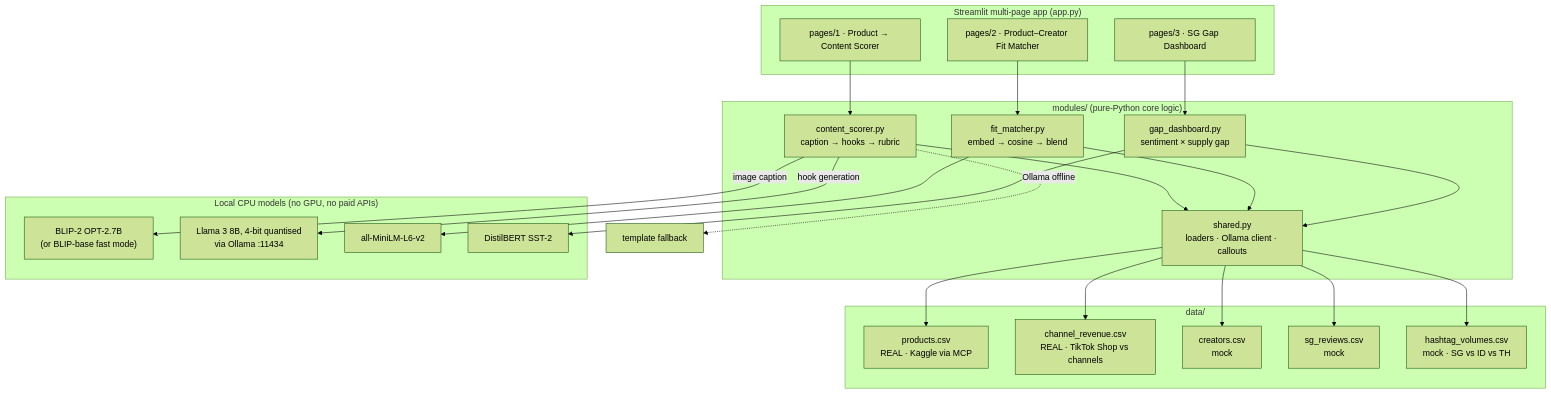
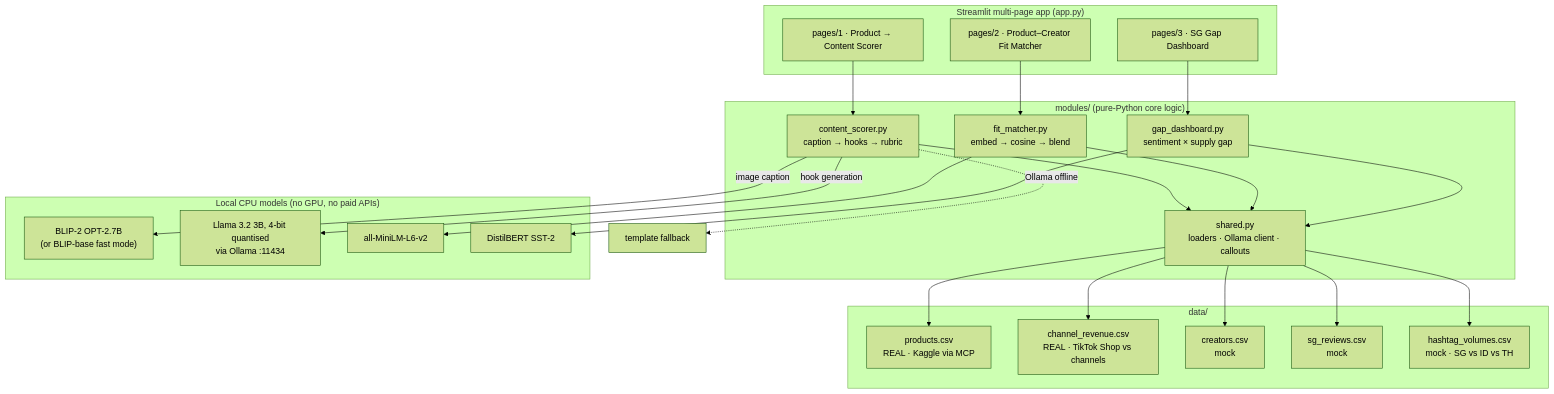
One commit to kinokokam/shoptalkai changed the diagram in README.md. Above: the diagram before and after it, drawn with Mermaid (forest theme). The commit also changed other lines of this file and 4 other files, not shown here.

````diff
--- a/README.md
+++ b/README.md
@@ -30,39 +30,39 @@
 ```mermaid
 flowchart TB
     subgraph UI["Streamlit multi-page app (app.py)"]
         P1["pages/1 · Product → Content Scorer"]
         P2["pages/2 · Product–Creator Fit Matcher"]
         P3["pages/3 · SG Gap Dashboard"]
     end
 
     subgraph LOGIC["modules/ (pure-Python core logic)"]
         CS["content_scorer.py<br/>caption → hooks → rubric"]
         FM["fit_matcher.py<br/>embed → cosine → blend"]
         GD["gap_dashboard.py<br/>sentiment × supply gap"]
         SH["shared.py<br/>loaders · Ollama client · callouts"]
     end
 
     subgraph MODELS["Local CPU models (no GPU, no paid APIs)"]
         BLIP["BLIP-2 OPT-2.7B<br/>(or BLIP-base fast mode)"]
-        LLAMA["Llama 3 8B, 4-bit quantised<br/>via Ollama :11434"]
+        LLAMA["Llama 3.2 3B, 4-bit quantised<br/>via Ollama :11434"]
         MINI["all-MiniLM-L6-v2"]
         DB["DistilBERT SST-2"]
     end
 
     subgraph DATA["data/"]
         PR["products.csv<br/>REAL · Kaggle via MCP"]
         CH["channel_revenue.csv<br/>REAL · TikTok Shop vs channels"]
         CR["creators.csv<br/>mock"]
         RV["sg_reviews.csv<br/>mock"]
         HT["hashtag_volumes.csv<br/>mock · SG vs ID vs TH"]
     end
 
     P1 --> CS;  P2 --> FM;  P3 --> GD
     CS & FM & GD --> SH
     CS -->|image caption| BLIP
     CS -->|hook generation| LLAMA
     CS -.->|Ollama offline| FB["template fallback"]
     FM --> MINI
     GD --> DB
     SH --> PR & CH & CR & RV & HT
 ```
````
